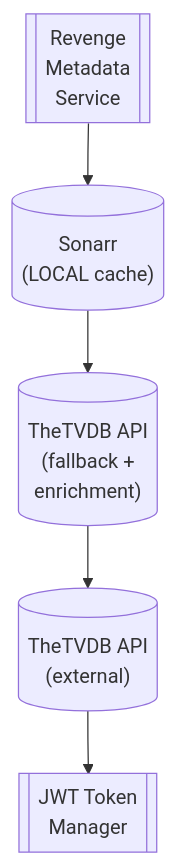
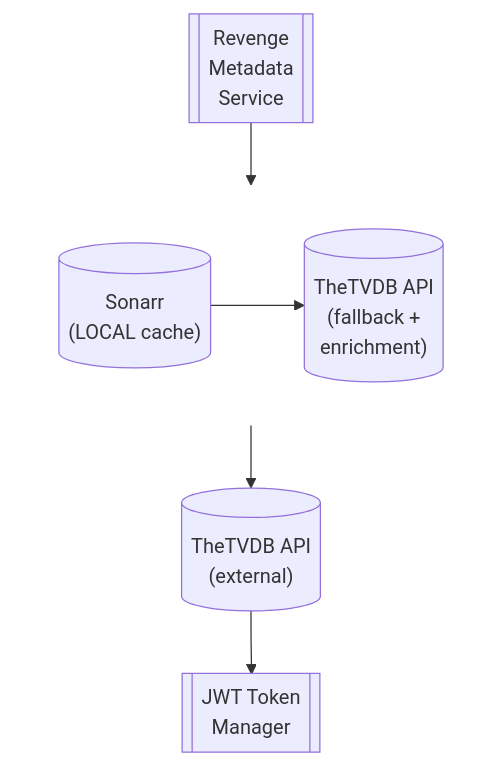
Before and after one commit to lusoris/revenge: the diagram in docs/dev/design/integrations/metadata/video/THETVDB.md, drawn with Mermaid. The commit also changed 210 other files, not shown here.

First line of the commit message:
feat(docs): Add horizontal layout support for Mermaid diagrams

````diff
--- a/docs/dev/design/integrations/metadata/video/THETVDB.md
+++ b/docs/dev/design/integrations/metadata/video/THETVDB.md
@@ -59,12 +59,18 @@
 ```mermaid
 flowchart TD
     node1[["Revenge<br/>Metadata<br/>Service"]]
-    node2[("Sonarr<br/>(LOCAL cache)")]
-    node3[("TheTVDB API<br/>(fallback +<br/>enrichment)")]
+    subgraph row1[ ]
+        direction LR
+        node2[("Sonarr<br/>(LOCAL cache)")]
+        node3[("TheTVDB API<br/>(fallback +<br/>enrichment)")]
+    end
     node4[("TheTVDB API<br/>(external)")]
     node5[["JWT Token<br/>Manager"]]
     node2 --> node3
     node1 --> node2
     node3 --> node4
     node4 --> node5
+
+    %% Hide row subgraph borders
+    style row1 fill:transparent,stroke:transparent
 ```
````
